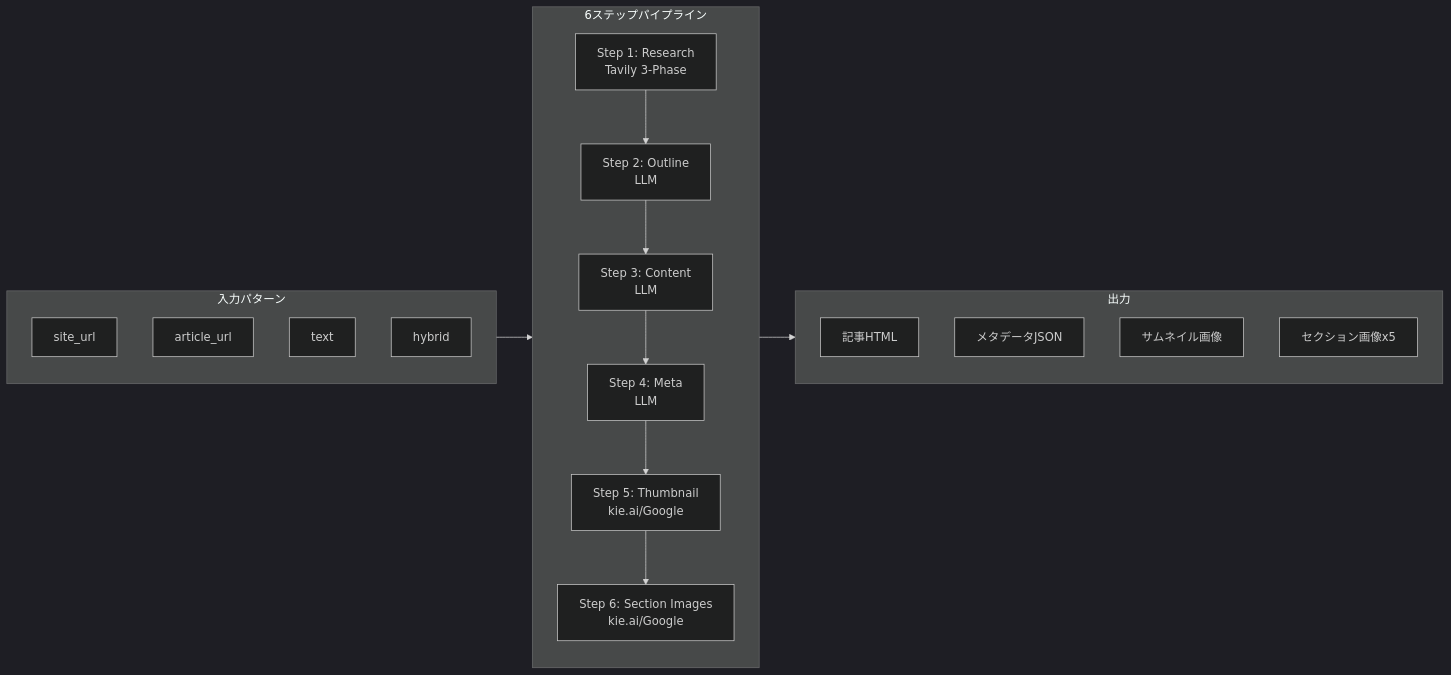
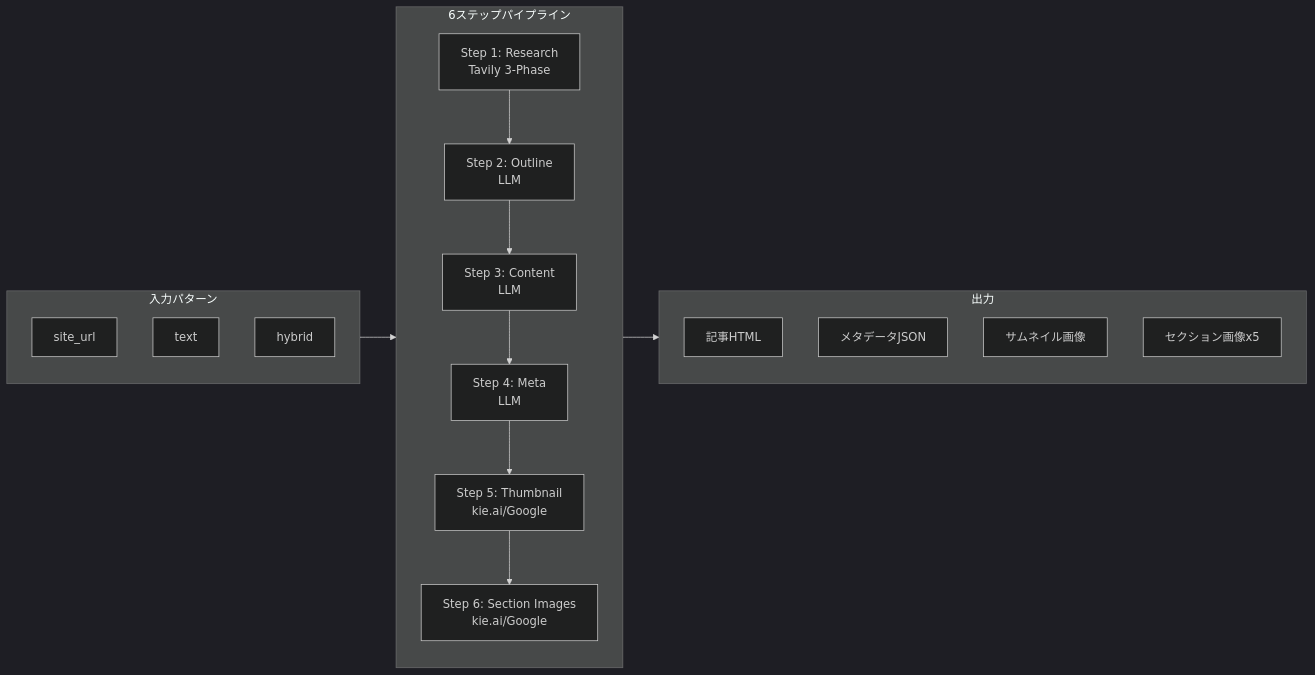
The second of 2 diagrams in docs/architecture/00_Master_Architecture.md (nakia73/AutoWordPress), drawn with Mermaid (dark theme) before and after one commit. The commit also changed other lines of this file and 42 other files, not shown here.

````diff
--- a/docs/architecture/00_Master_Architecture.md
+++ b/docs/architecture/00_Master_Architecture.md
@@ -137,29 +138,28 @@
 ```mermaid
 flowchart LR
     subgraph Input["入力パターン"]
         A1[site_url]
-        A2[article_url]
-        A3[text]
-        A4[hybrid]
+        A2[text]
+        A3[hybrid]
     end
 
     subgraph Pipeline["6ステップパイプライン"]
         B1[Step 1: Research<br/>Tavily 3-Phase]
         B2[Step 2: Outline<br/>LLM]
         B3[Step 3: Content<br/>LLM]
         B4[Step 4: Meta<br/>LLM]
         B5[Step 5: Thumbnail<br/>kie.ai/Google]
         B6[Step 6: Section Images<br/>kie.ai/Google]
 
         B1 --> B2 --> B3 --> B4 --> B5 --> B6
     end
 
     subgraph Output["出力"]
         C1[記事HTML]
         C2[メタデータJSON]
         C3[サムネイル画像]
         C4[セクション画像x5]
     end
 
     Input --> Pipeline --> Output
 ```
````
